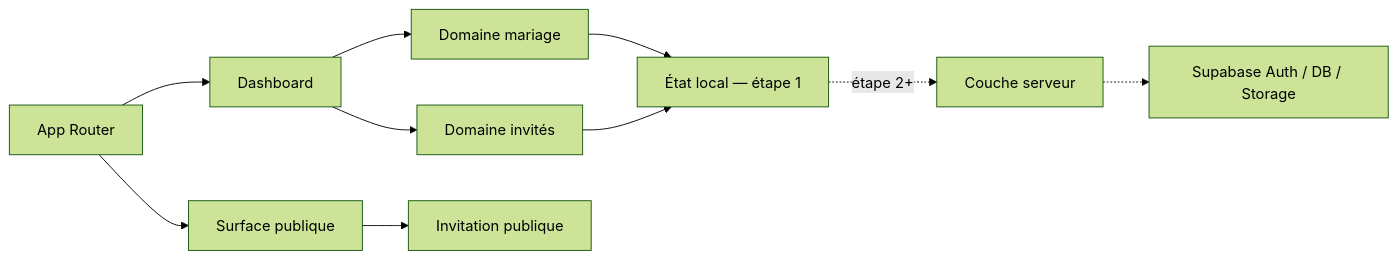
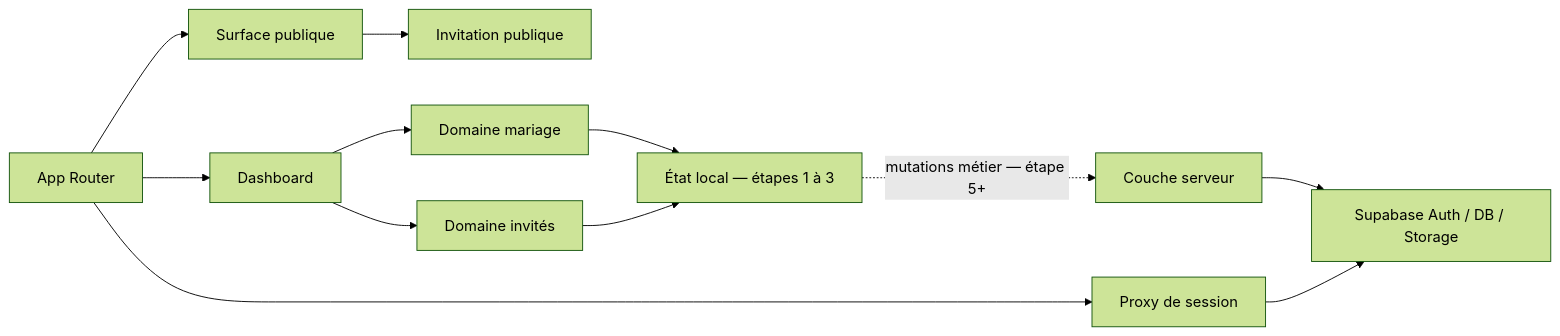
Before and after one commit to LabuluDanny9/NDOA: the diagram in docs/ARCHITECTURE.md, drawn with Mermaid (forest theme). The commit also changed other lines of this file and 2 other files, not shown here.

Commit message:
docs(supabase): document environments and local workflow

````diff
--- a/docs/ARCHITECTURE.md
+++ b/docs/ARCHITECTURE.md
@@ -19,12 +23,14 @@
 ```mermaid
 flowchart LR
   App["App Router"] --> Public["Surface publique"]
   App --> Dashboard["Dashboard"]
   Dashboard --> Wedding["Domaine mariage"]
   Dashboard --> Guests["Domaine invités"]
   Public --> Invitation["Invitation publique"]
-  Wedding --> LocalState["État local — étape 1"]
+  Wedding --> LocalState["État local — étapes 1 à 3"]
   Guests --> LocalState
-  LocalState -. "étape 2+" .-> Server["Couche serveur"]
-  Server -.-> Supabase["Supabase Auth / DB / Storage"]
+  LocalState -. "mutations métier — étape 5+" .-> Server["Couche serveur"]
+  App --> Proxy["Proxy de session"]
+  Proxy --> Supabase["Supabase Auth / DB / Storage"]
+  Server --> Supabase
 ```
````
